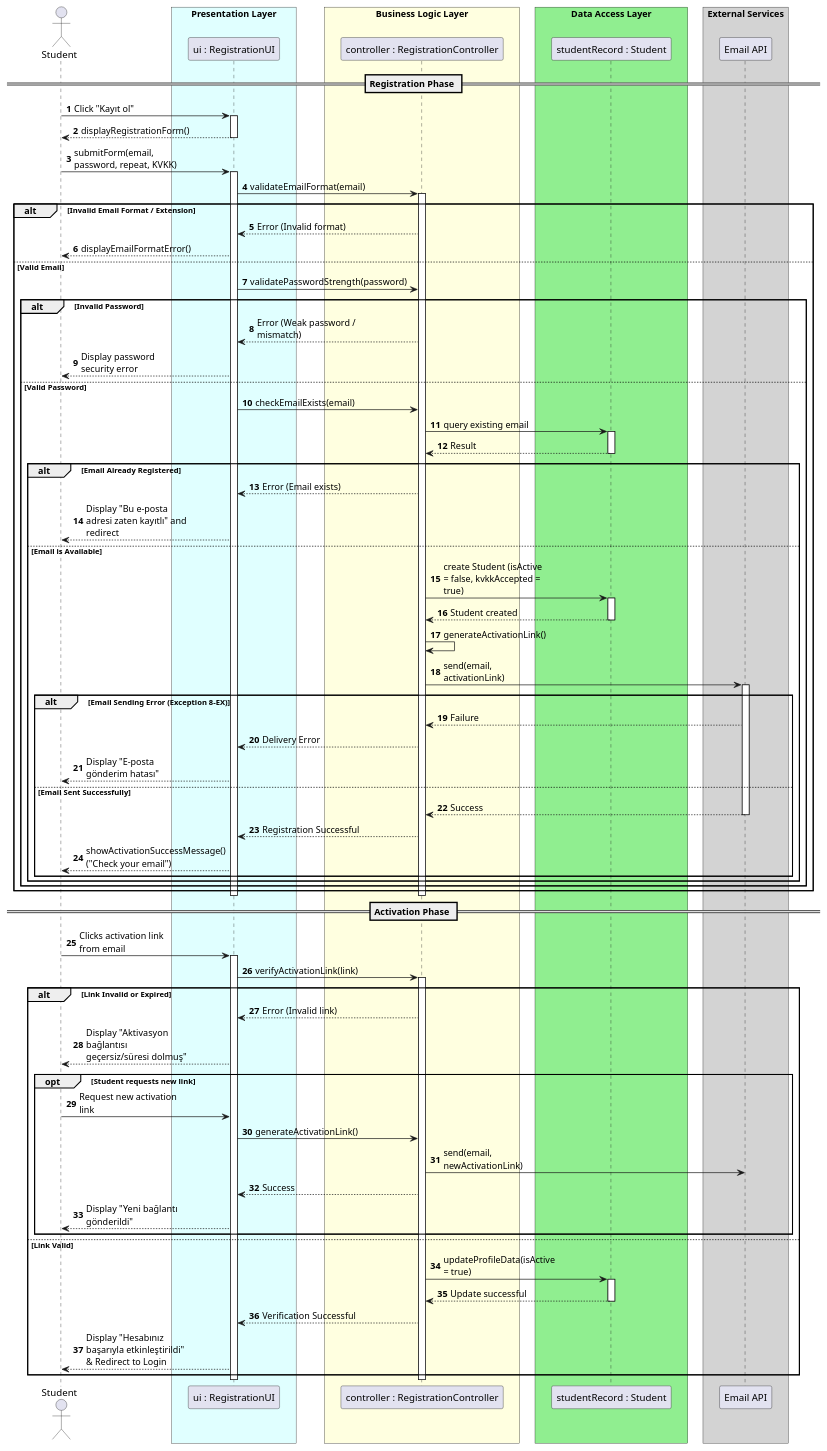
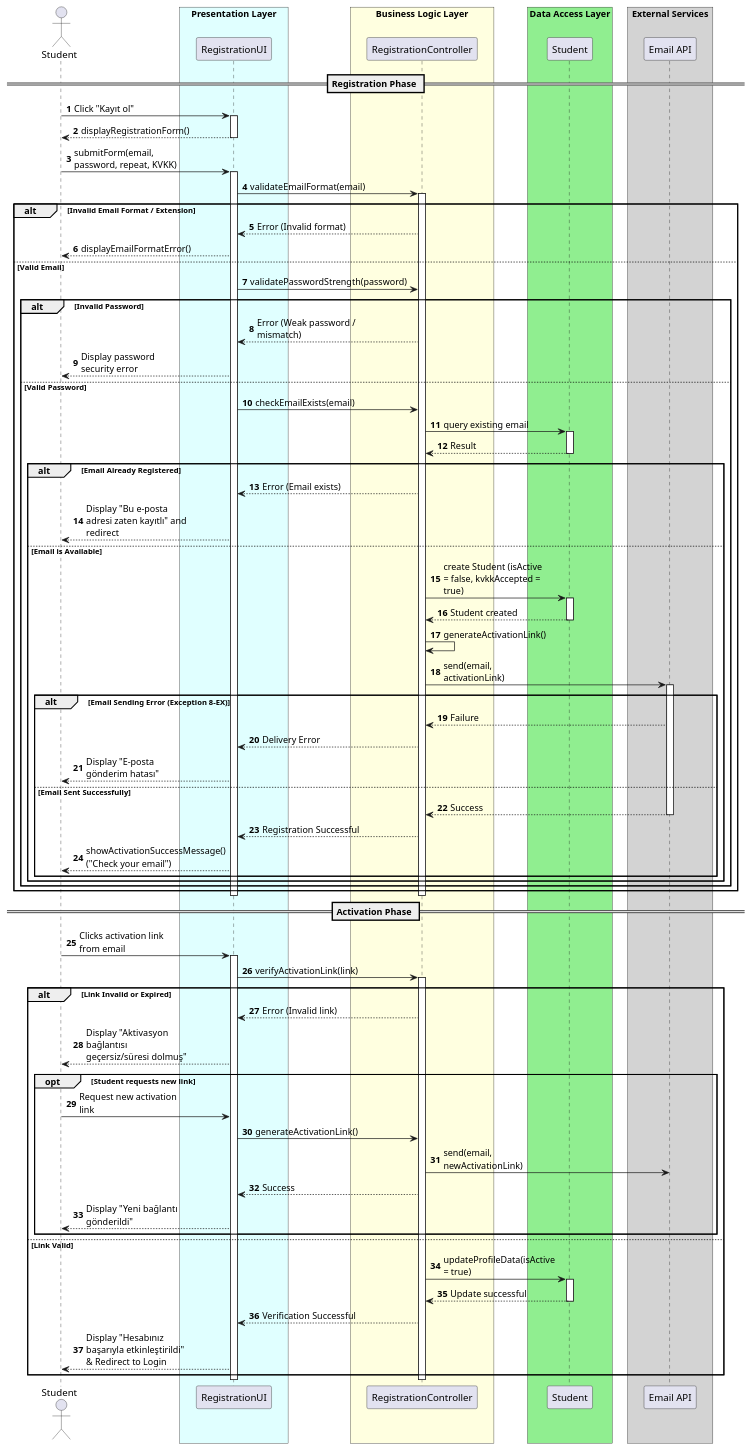
Before and after one commit to UTMS-G02/utms: the diagram in docs/uml/uc-1.puml, drawn with PlantUML. The commit also changed 6 other files, not shown here.

```diff
--- a/docs/uml/uc-1.puml
+++ b/docs/uml/uc-1.puml
@@ -1,113 +1,113 @@
 @startuml uc-1
 autonumber
 skinparam maxMessageSize 150
 skinparam ParticipantPadding 20
 skinparam BoxPadding 10
 
 actor Student
 box "Presentation Layer" #LightCyan
-participant "ui : RegistrationUI" as UI
+participant "RegistrationUI" as UI
 end box
 
 box "Business Logic Layer" #LightYellow
-participant "controller : RegistrationController" as Controller
+participant "RegistrationController" as Controller
 end box
 
 box "Data Access Layer" #LightGreen
-participant "studentRecord : Student" as DB
+participant "Student" as DB
 end box
 
 box "External Services" #LightGray
 participant "Email API" as Email
 end box
 
 == Registration Phase ==
 
 Student -> UI: Click "Kayıt ol"
 activate UI
 UI --> Student: displayRegistrationForm()
 deactivate UI
 
 Student -> UI: submitForm(email, password, repeat, KVKK)
 activate UI
 
 UI -> Controller: validateEmailFormat(email)
 activate Controller
 alt Invalid Email Format / Extension
     Controller --> UI: Error (Invalid format)
     UI --> Student: displayEmailFormatError()
 else Valid Email
     UI -> Controller: validatePasswordStrength(password)
     alt Invalid Password
         Controller --> UI: Error (Weak password / mismatch)
         UI --> Student: Display password security error
     else Valid Password
         UI -> Controller: checkEmailExists(email)
         Controller -> DB: query existing email
         activate DB
         DB --> Controller: Result
         deactivate DB
         
         alt Email Already Registered
             Controller --> UI: Error (Email exists)
             UI --> Student: Display "Bu e-posta adresi zaten kayıtlı" and redirect
         else Email is Available
             Controller -> DB: create Student (isActive = false, kvkkAccepted = true)
             activate DB
             DB --> Controller: Student created
             deactivate DB
             
             Controller -> Controller: generateActivationLink()
             Controller -> Email: send(email, activationLink)
             activate Email
             
             alt Email Sending Error (Exception 8-EX)
                 Email --> Controller: Failure
                 Controller --> UI: Delivery Error
                 UI --> Student: Display "E-posta gönderim hatası"
             else Email Sent Successfully
                 Email --> Controller: Success
                 deactivate Email
                 Controller --> UI: Registration Successful
                 UI --> Student: showActivationSuccessMessage() ("Check your email")
             end
         end
     end
 end
 deactivate Controller
 deactivate UI
 
 == Activation Phase ==
 
 Student -> UI: Clicks activation link from email
 activate UI
 
 UI -> Controller: verifyActivationLink(link)
 activate Controller
 
 alt Link Invalid or Expired
     Controller --> UI: Error (Invalid link)
     UI --> Student: Display "Aktivasyon bağlantısı geçersiz/süresi dolmuş"
     
     opt Student requests new link
         Student -> UI: Request new activation link
         UI -> Controller: generateActivationLink()
         Controller -> Email: send(email, newActivationLink)
         Controller --> UI: Success
         UI --> Student: Display "Yeni bağlantı gönderildi"
     end
     
 else Link Valid
     Controller -> DB: updateProfileData(isActive = true)
     activate DB
     DB --> Controller: Update successful
     deactivate DB
     
     Controller --> UI: Verification Successful
     UI --> Student: Display "Hesabınız başarıyla etkinleştirildi" & Redirect to Login
 end
 
 deactivate Controller
 deactivate UI
 
 @enduml
```
